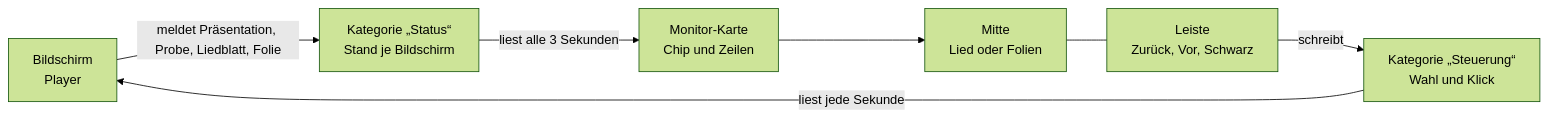
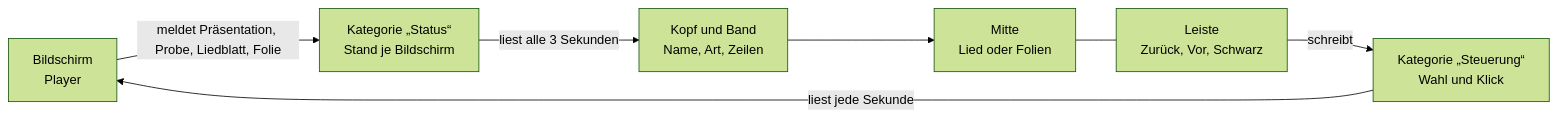
The third of 4 diagrams in docs/Funktionen.md (wirsindcgks/churchtools-infoscreen), drawn with Mermaid (forest theme) before and after one commit. The commit also changed other lines of this file and 11 other files, not shown here.

Commit message:
Handyseite Entwurf D, Stück A: Kopf mit Namen als Wechsel, farbiges Band, Probe-Knöpfe im Blatt (Punkt 137) (#438)

````diff
--- a/docs/Funktionen.md
+++ b/docs/Funktionen.md
@@ -284,15 +285,15 @@
 ```mermaid
 flowchart LR
     B["Bildschirm<br>Player"]
     T["Kategorie „Status“<br>Stand je Bildschirm"]
-    K["Monitor-Karte<br>Chip und Zeilen"]
+    K["Kopf und Band<br>Name, Art, Zeilen"]
     M["Mitte<br>Lied oder Folien"]
     L["Leiste<br>Zurück, Vor, Schwarz"]
     S["Kategorie „Steuerung“<br>Wahl und Klick"]
     B -->|"meldet Präsentation, Probe, Liedblatt, Folie"| T
     T -->|"liest alle 3 Sekunden"| K
     K --> M
     M --- L
     L -->|"schreibt"| S
     S -->|"liest jede Sekunde"| B
 ```
````
